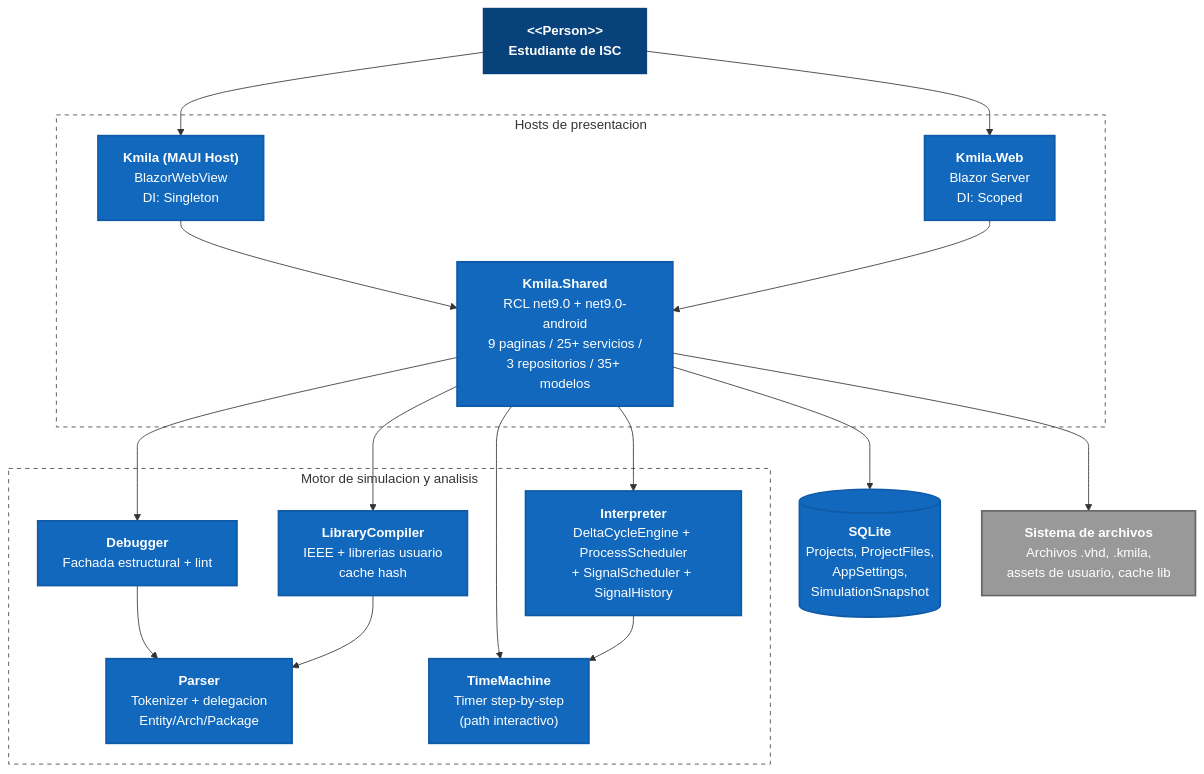
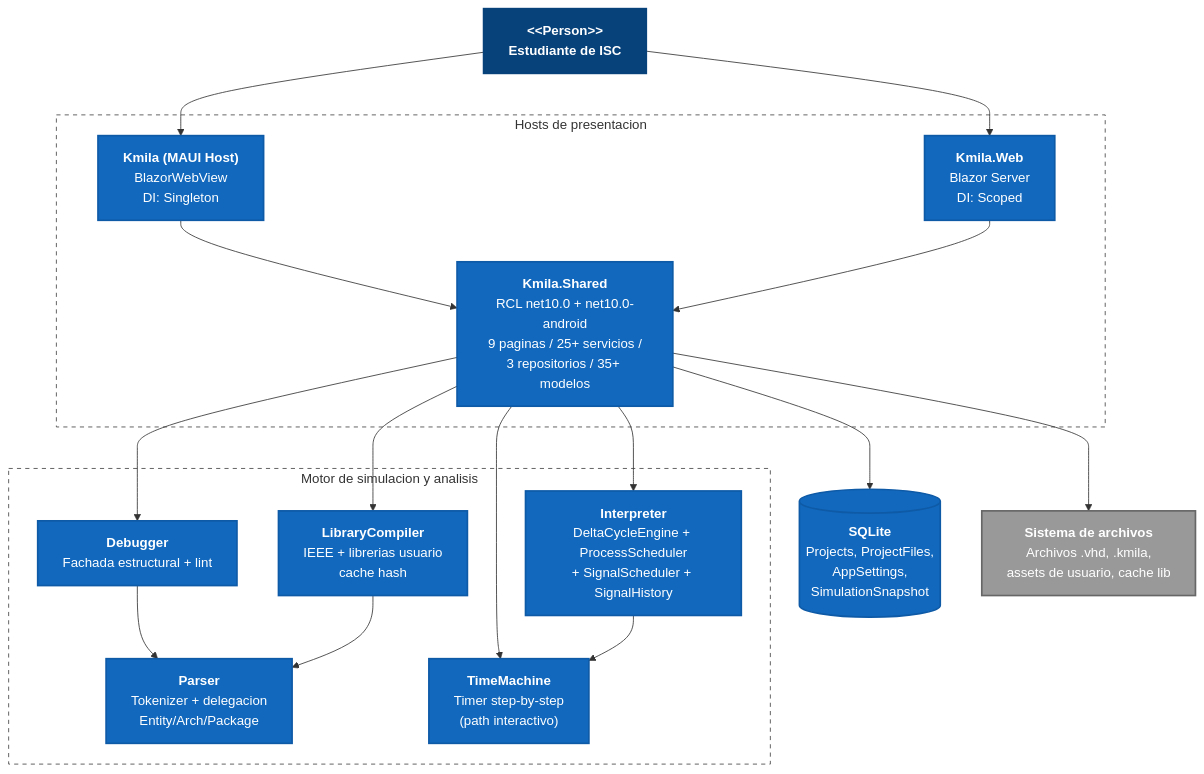
Diagram 13 of 19 in README.md (Kmila9s/Kmila), drawn with Mermaid before and after one commit. The commit also changed other lines of this file and 4 other files, not shown here.

````diff
--- a/README.md
+++ b/README.md
@@ -2068,43 +2068,43 @@
 ```mermaid
 graph TB
     classDef person fill:#08427B,color:#fff,stroke:#08427B,stroke-width:2px
     classDef container fill:#1168BD,color:#fff,stroke:#0E5AA7,stroke-width:2px
     classDef containerDb fill:#1168BD,color:#fff,stroke:#0E5AA7,stroke-width:2px
     classDef external fill:#999999,color:#fff,stroke:#666,stroke-width:2px
     classDef boundary fill:none,stroke:#444,stroke-width:1px,stroke-dasharray: 5 5
 
     student["<b>&lt;&lt;Person&gt;&gt;</b><br/><b>Estudiante de ISC</b>"]:::person
 
     subgraph presentacion["Hosts de presentacion"]
         maui["<b>Kmila (MAUI Host)</b><br/>BlazorWebView<br/>DI: Singleton"]:::container
         web["<b>Kmila.Web</b><br/>Blazor Server<br/>DI: Scoped"]:::container
-        shared["<b>Kmila.Shared</b><br/>RCL net9.0 + net9.0-android<br/>9 paginas / 25+ servicios /<br/>3 repositorios / 35+ modelos"]:::container
+        shared["<b>Kmila.Shared</b><br/>RCL net10.0 + net10.0-android<br/>9 paginas / 25+ servicios /<br/>3 repositorios / 35+ modelos"]:::container
     end
 
     subgraph motor["Motor de simulacion y analisis"]
         debugger["<b>Debugger</b><br/>Fachada estructural + lint"]:::container
         parser["<b>Parser</b><br/>Tokenizer + delegacion<br/>Entity/Arch/Package"]:::container
         libcomp["<b>LibraryCompiler</b><br/>IEEE + librerias usuario<br/>cache hash"]:::container
         interpreter["<b>Interpreter</b><br/>DeltaCycleEngine + ProcessScheduler<br/>+ SignalScheduler + SignalHistory"]:::container
         tm["<b>TimeMachine</b><br/>Timer step-by-step<br/>(path interactivo)"]:::container
     end
 
     sqlite[("<b>SQLite</b><br/>Projects, ProjectFiles,<br/>AppSettings,<br/>SimulationSnapshot")]:::containerDb
     fs["<b>Sistema de archivos</b><br/>Archivos .vhd, .kmila,<br/>assets de usuario, cache lib"]:::external
 
     student --> maui
     student --> web
     maui --> shared
     web --> shared
     shared --> debugger
     debugger --> parser
     shared --> libcomp
     libcomp --> parser
     shared --> interpreter
     shared --> tm
     interpreter --> tm
     shared --> sqlite
     shared --> fs
 
     class presentacion,motor boundary
 ```
````
